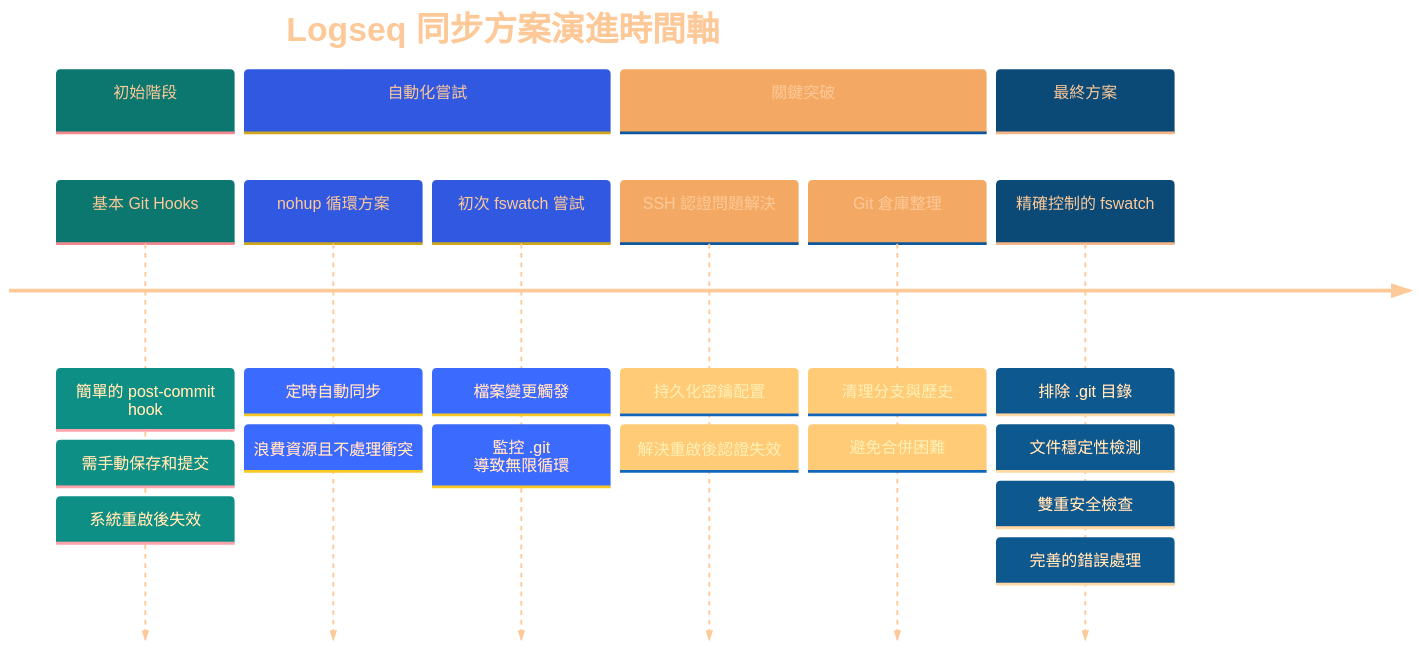
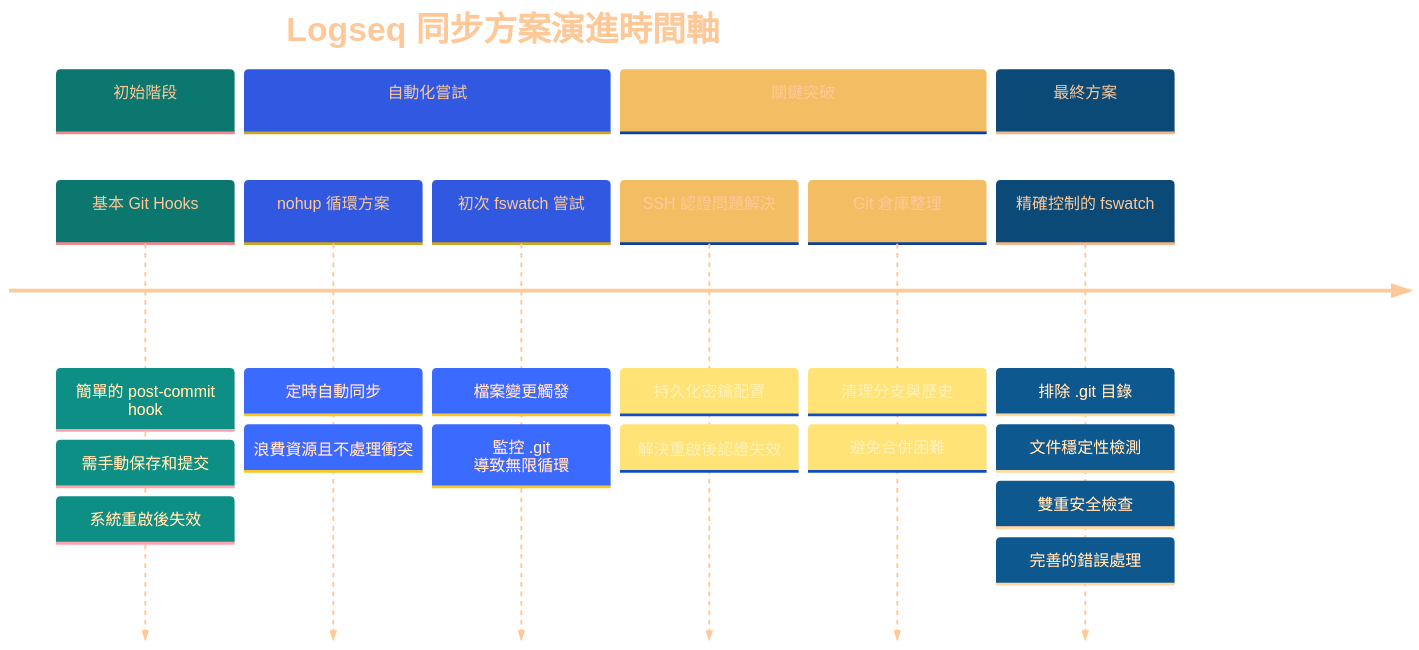
The first of 2 diagrams in Logseq同步方案演進記錄.md (GengGeng026/Sync-Logseq), drawn with Mermaid before and after one commit.

Commit message:
Auto-sync: Wed Mar 26 10:12:17 +08 2025

````diff
--- a/Logseq同步方案演進記錄.md
+++ b/Logseq同步方案演進記錄.md
@@ -24,38 +24,38 @@
 ```mermaid
 %%{init: {
   'theme': 'base', 
   'themeVariables': {
     'primaryTextColor': '#FEC999',
     'primaryColor': '#19E9D9',
     'secondaryColor': '#A0B2F1',
-    'tertiaryColor': '#FCEAD9',
+    'tertiaryColor': '#FCEFD9',
     'primaryBorderColor': '#A9D9D9',
     'background': 'transparent',
     'clusterBkg': 'transparent',
     'fontFamily': 'default',
     'fontSize': '17px',
     'fontWeight': 'normal'
   }
 }}%%
 timeline
     title Logseq 同步方案演進時間軸
     section 初始階段
         基本 Git Hooks : 簡單的 post-commit hook
         : 需手動保存和提交
         : 系統重啟後失效
     section 自動化嘗試
         nohup 循環方案 : 定時自動同步
         : 浪費資源且不處理衝突
         初次 fswatch 嘗試 : 檔案變更觸發
         : 監控 .git 導致無限循環
     section 關鍵突破
         SSH 認證問題解決 : 持久化密鑰配置
         : 解決重啟後認證失效
         Git 倉庫整理 : 清理分支與歷史
         : 避免合併困難
     section 最終方案
         精確控制的 fswatch : 排除 .git 目錄
         : 文件穩定性檢測
         : 雙重安全檢查
         : 完善的錯誤處理
 ```
````
